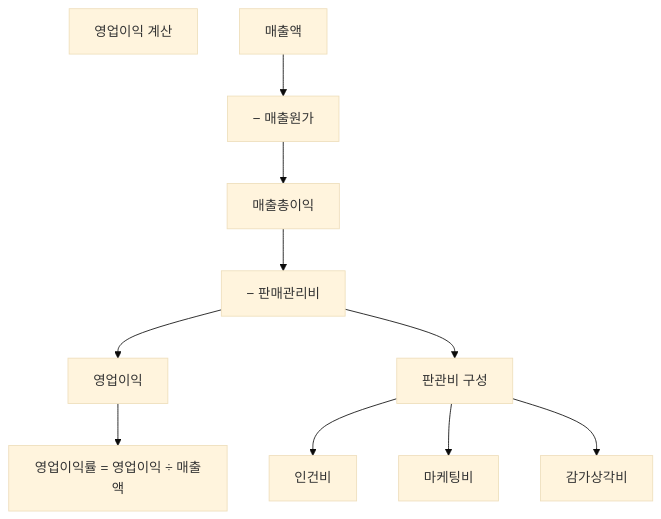
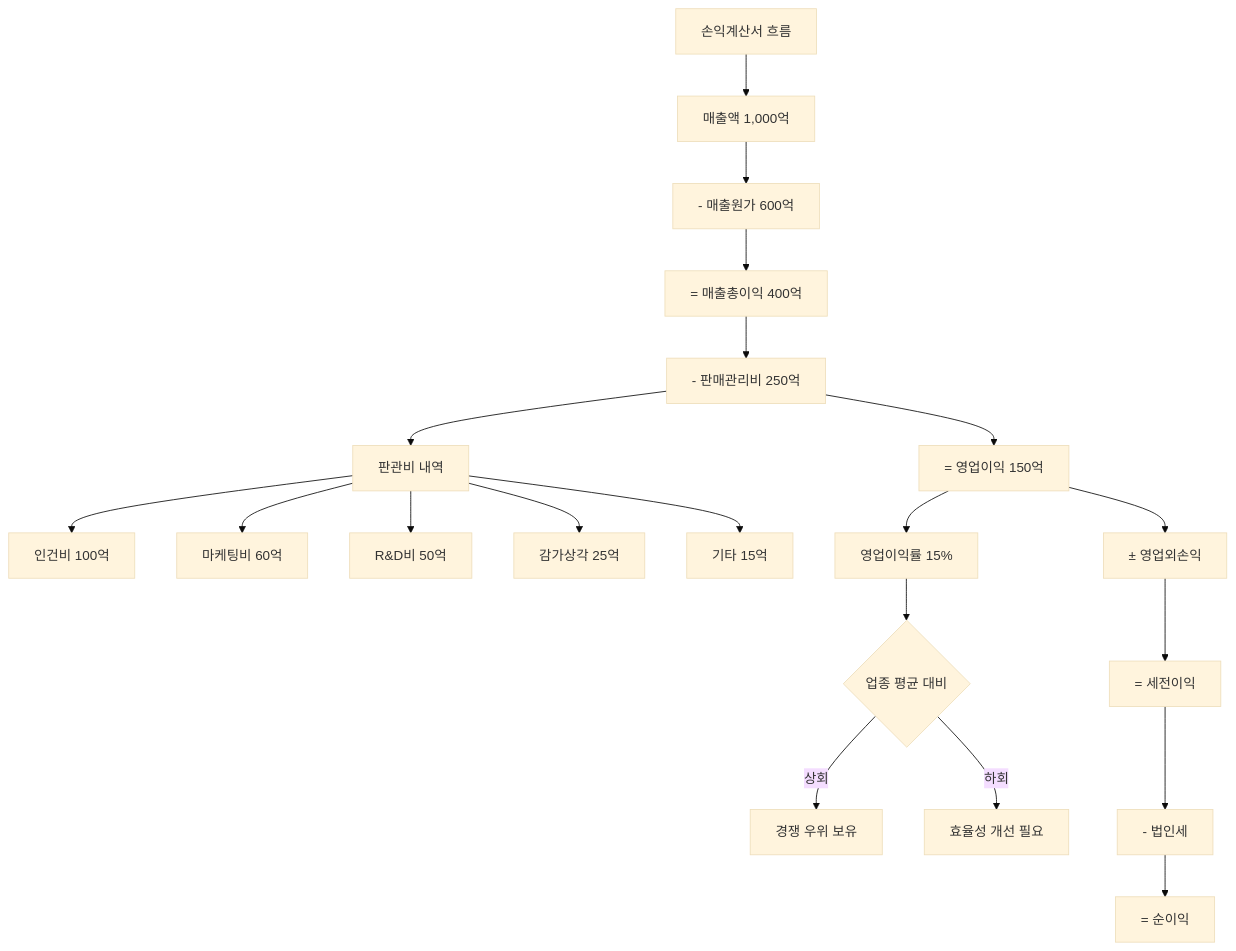
The diagram in content/stock-terms/ko/level-03-financial-statements/operating-income.md (yeongseon/stock-visual-note), drawn with Mermaid (base theme) before and after one commit. The commit also changed other lines of this file, not shown here.

Commit message:
content: rewrite operating-income.md — 영업 레버리지 개념, EV/EBIT 활용, 판관비 구조 분해

````diff
--- a/content/stock-terms/ko/level-03-financial-statements/operating-income.md
+++ b/content/stock-terms/ko/level-03-financial-statements/operating-income.md
@@ -56,13 +61,22 @@
 ```mermaid
 graph TD
-    A["영업이익 계산"]
-    B["매출액"] --> C["− 매출원가"]
-    C --> D["매출총이익"]
-    D --> E["− 판매관리비"]
-    E --> F["영업이익"]
-    E --> G["판관비 구성"]
-    G --> H["인건비"]
-    G --> I["마케팅비"]
-    G --> J["감가상각비"]
-    F --> K["영업이익률 = 영업이익 ÷ 매출액"]
+    A["손익계산서 흐름"] --> B["매출액 1,000억"]
+    B --> C["- 매출원가 600억"]
+    C --> D["= 매출총이익 400억"]
+    D --> E["- 판매관리비 250억"]
+    E --> F["= 영업이익 150억"]
+    E --> G["판관비 내역"]
+    G --> H["인건비 100억"]
+    G --> I["마케팅비 60억"]
+    G --> J["R&D비 50억"]
+    G --> K["감가상각 25억"]
+    G --> L["기타 15억"]
+    F --> M["영업이익률 15%"]
+    M --> N{"업종 평균 대비"}
+    N -->|상회| O["경쟁 우위 보유"]
+    N -->|하회| P["효율성 개선 필요"]
+    F --> Q["± 영업외손익"]
+    Q --> R["= 세전이익"]
+    R --> S["- 법인세"]
+    S --> T["= 순이익"]
 ```
````
